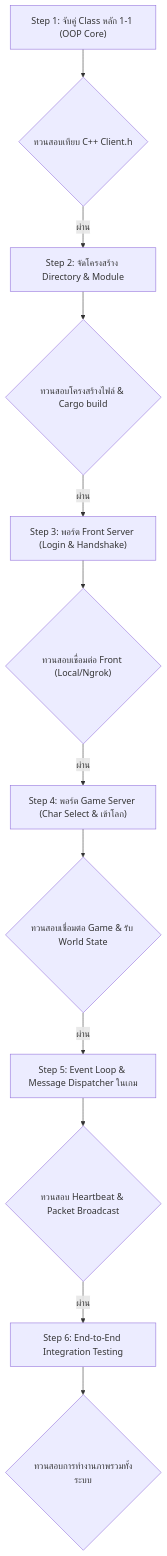
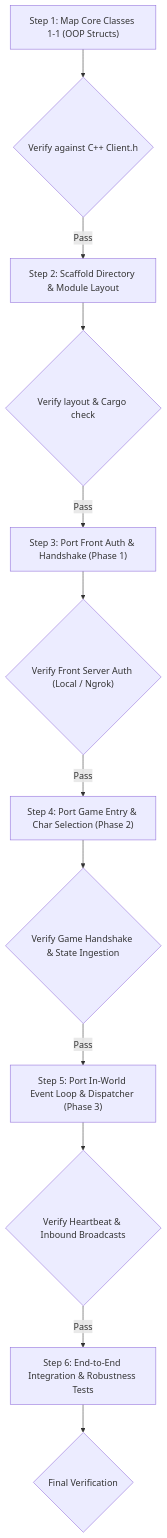
One commit to psi-ginger/ai-unreliability-case-study changed the diagram in README.md. Above: the diagram before and after it, drawn with Mermaid. The commit also changed other lines of this file, not shown here.

````diff
--- a/README.md
+++ b/README.md
@@ -23,14 +34,14 @@
 ```mermaid
 flowchart TD
-    S1["Step 1: จับคู่ Class หลัก 1-1 (OOP Core)"] --> V1{"ทวนสอบเทียบ C++ Client.h"}
-    V1 -->|ผ่าน| S2["Step 2: จัดโครงสร้าง Directory & Module"]
-    S2 --> V2{"ทวนสอบโครงสร้างไฟล์ & Cargo build"}
-    V2 -->|ผ่าน| S3["Step 3: พอร์ต Front Server (Login & Handshake)"]
-    S3 --> V3{"ทวนสอบเชื่อมต่อ Front (Local/Ngrok)"}
-    V3 -->|ผ่าน| S4["Step 4: พอร์ต Game Server (Char Select & เข้าโลก)"]
-    S4 --> V4{"ทวนสอบเชื่อมต่อ Game & รับ World State"}
-    V4 -->|ผ่าน| S5["Step 5: Event Loop & Message Dispatcher ในเกม"]
-    S5 --> V5{"ทวนสอบ Heartbeat & Packet Broadcast"}
-    V5 -->|ผ่าน| S6["Step 6: End-to-End Integration Testing"]
-    S6 --> V6{"ทวนสอบการทำงานภาพรวมทั้งระบบ"}
+    S1["Step 1: Map Core Classes 1-1 (OOP Structs)"] --> V1{"Verify against C++ Client.h"}
+    V1 -->|Pass| S2["Step 2: Scaffold Directory & Module Layout"]
+    S2 --> V2{"Verify layout & Cargo check"}
+    V2 -->|Pass| S3["Step 3: Port Front Auth & Handshake (Phase 1)"]
+    S3 --> V3{"Verify Front Server Auth (Local / Ngrok)"}
+    V3 -->|Pass| S4["Step 4: Port Game Entry & Char Selection (Phase 2)"]
+    S4 --> V4{"Verify Game Handshake & State Ingestion"}
+    V4 -->|Pass| S5["Step 5: Port In-World Event Loop & Dispatcher (Phase 3)"]
+    S5 --> V5{"Verify Heartbeat & Inbound Broadcasts"}
+    V5 -->|Pass| S6["Step 6: End-to-End Integration & Robustness Tests"]
+    S6 --> V6{"Final Verification"}
 ```
````
